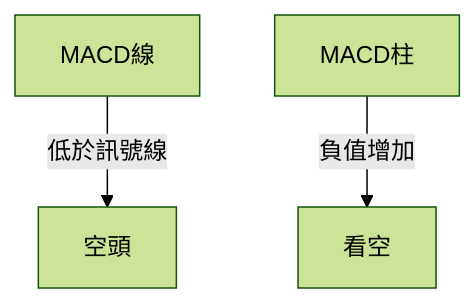
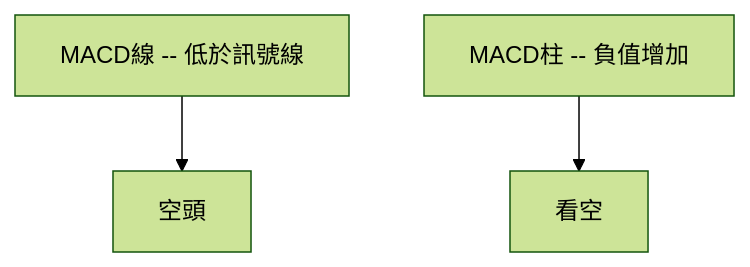
The seventh of 10 diagrams in ai_gen_report/stock/onds/technical_analysis_2026-03-31_openai.md (yennanliu/finance_data), drawn with Mermaid (forest theme) before and after one commit. The commit also changed other lines of this file and 2258 other files, not shown here.

First line of the commit message:
chore: backfill Mermaid syntax repair across existing reports

````diff
--- a/ai_gen_report/stock/onds/technical_analysis_2026-03-31_openai.md
+++ b/ai_gen_report/stock/onds/technical_analysis_2026-03-31_openai.md
@@ -252,5 +252,5 @@
 ```mermaid
 graph TD
-    MACD線 -- 低於訊號線 --> 空頭
-    MACD柱 -- 負值增加 --> 看空
+    nb1["MACD線 -- 低於訊號線"] --> 空頭
+    nb2["MACD柱 -- 負值增加"] --> 看空
 ```
````
